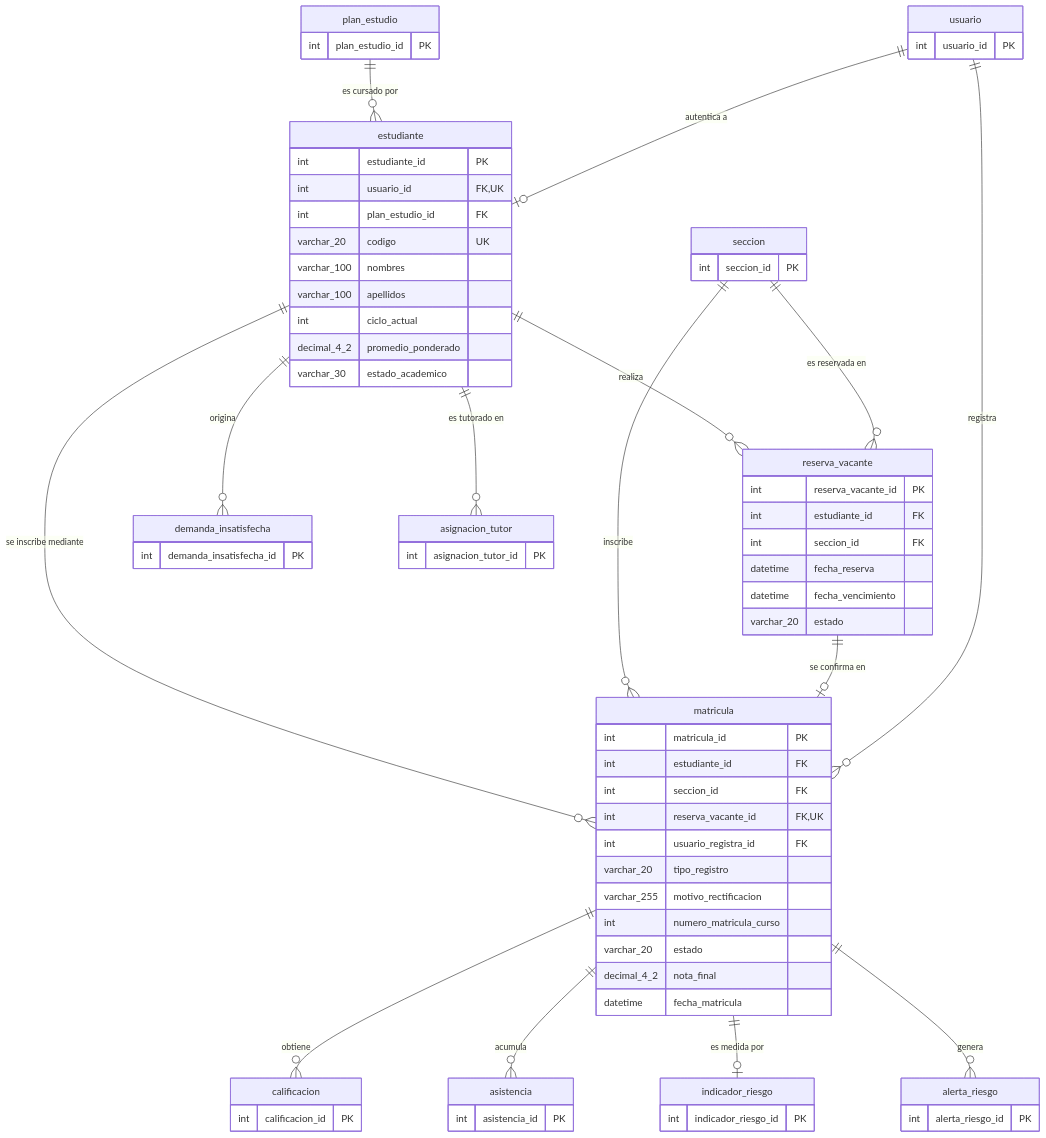
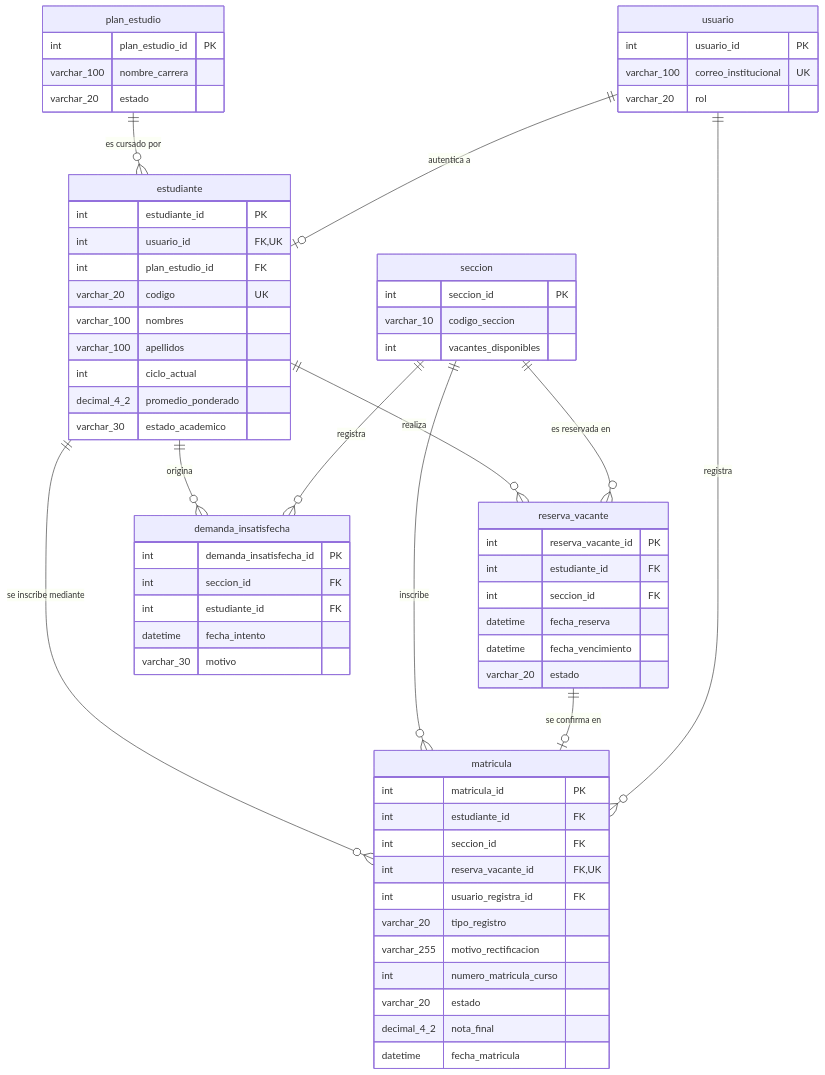
Before and after one commit to Marco-Gomez06/UNI-pre-202602-SW609-Grupo3: the diagram in 4/4.2/4.2.1/4.2.1.3/4.2.1.3.md, drawn with Mermaid. The commit also changed other lines of this file and 11 other files, not shown here.

Commit message:
fix de diagramas

````diff
--- a/4/4.2/4.2.1/4.2.1.3/4.2.1.3.md
+++ b/4/4.2/4.2.1/4.2.1.3/4.2.1.3.md
@@ -7,76 +12,68 @@
 ```mermaid
 erDiagram
     estudiante {
         int estudiante_id PK
         int usuario_id FK, UK
         int plan_estudio_id FK
         varchar_20 codigo UK
         varchar_100 nombres
         varchar_100 apellidos
         int ciclo_actual
         decimal_4_2 promedio_ponderado
         varchar_30 estado_academico
     }
     reserva_vacante {
         int reserva_vacante_id PK
         int estudiante_id FK
         int seccion_id FK
         datetime fecha_reserva
         datetime fecha_vencimiento
         varchar_20 estado
     }
     matricula {
         int matricula_id PK
         int estudiante_id FK
         int seccion_id FK
         int reserva_vacante_id FK, UK
         int usuario_registra_id FK
         varchar_20 tipo_registro
         varchar_255 motivo_rectificacion
         int numero_matricula_curso
         varchar_20 estado
         decimal_4_2 nota_final
         datetime fecha_matricula
     }
     plan_estudio {
         int plan_estudio_id PK
+        varchar_100 nombre_carrera
+        varchar_20 estado
     }
     usuario {
         int usuario_id PK
+        varchar_100 correo_institucional UK
+        varchar_20 rol
+    }
+    seccion {
+        int seccion_id PK
+        varchar_10 codigo_seccion
+        int vacantes_disponibles
     }
     demanda_insatisfecha {
         int demanda_insatisfecha_id PK
+        int seccion_id FK
+        int estudiante_id FK
+        datetime fecha_intento
+        varchar_30 motivo
     }
-    seccion {
-        int seccion_id PK
-    }
-    calificacion {
-        int calificacion_id PK
-    }
-    asistencia {
-        int asistencia_id PK
-    }
-    indicador_riesgo {
-        int indicador_riesgo_id PK
-    }
-    alerta_riesgo {
-        int alerta_riesgo_id PK
-    }
-    asignacion_tutor {
-        int asignacion_tutor_id PK
-    }
+
     plan_estudio ||--o{ estudiante : "es cursado por"
     usuario ||--o| estudiante : "autentica a"
-    estudiante ||--o{ demanda_insatisfecha : "origina"
     estudiante ||--o{ reserva_vacante : "realiza"
     seccion ||--o{ reserva_vacante : "es reservada en"
     estudiante ||--o{ matricula : "se inscribe mediante"
     seccion ||--o{ matricula : "inscribe"
     reserva_vacante ||--o| matricula : "se confirma en"
     usuario ||--o{ matricula : "registra"
-    matricula ||--o{ calificacion : "obtiene"
-    matricula ||--o{ asistencia : "acumula"
-    matricula ||--o| indicador_riesgo : "es medida por"
-    matricula ||--o{ alerta_riesgo : "genera"
-    estudiante ||--o{ asignacion_tutor : "es tutorado en"
+    estudiante ||--o{ demanda_insatisfecha : "origina"
+    seccion ||--o{ demanda_insatisfecha : "registra"
 ```
````
